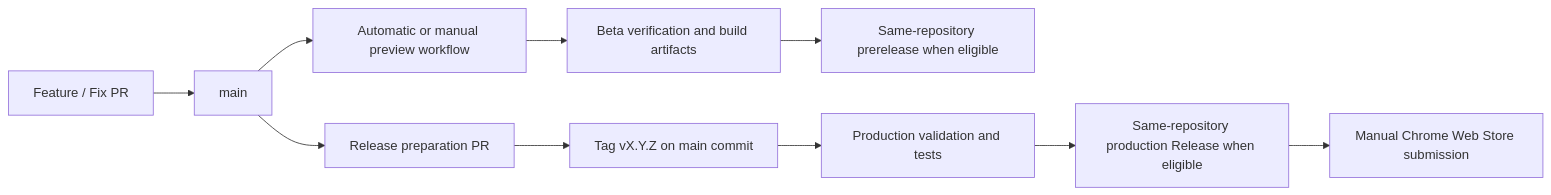
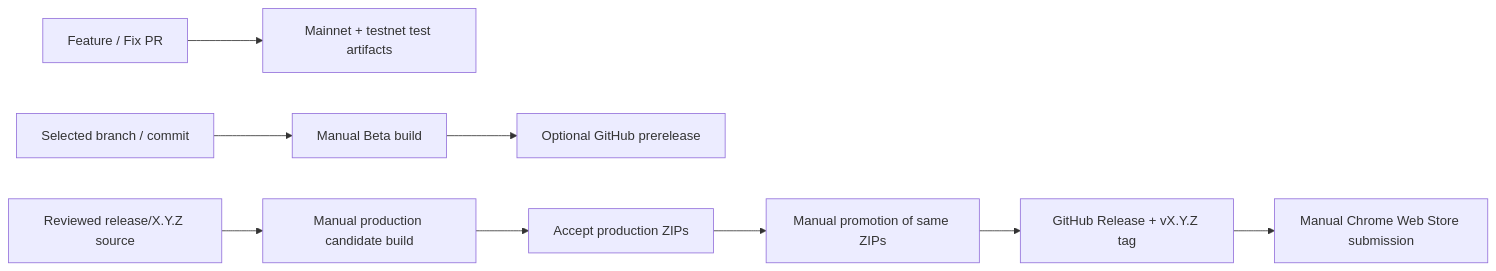
The diagram in docs/release-workflow.md (NoirWallet/noir-wallet), drawn with Mermaid before and after one commit. The commit also changed other lines of this file and 10 other files, not shown here.

````diff
--- a/docs/release-workflow.md
+++ b/docs/release-workflow.md
@@ -39,12 +41,11 @@
 ```mermaid
 flowchart LR
-  A["Feature / Fix PR"] --> B["main"]
-  B --> C["Automatic or manual preview workflow"]
-  C --> D["Beta verification and build artifacts"]
-  D --> E["Same-repository prerelease when eligible"]
-  B --> F["Release preparation PR"]
-  F --> G["Tag vX.Y.Z on main commit"]
-  G --> H["Production validation and tests"]
-  H --> I["Same-repository production Release when eligible"]
-  I --> J["Manual Chrome Web Store submission"]
+  A["Feature / Fix PR"] --> B["Mainnet + testnet test artifacts"]
+  C["Selected branch / commit"] --> D["Manual Beta build"]
+  D --> E["Optional GitHub prerelease"]
+  F["Reviewed release/X.Y.Z source"] --> G["Manual production candidate build"]
+  G --> H["Accept production ZIPs"]
+  H --> I["Manual promotion of same ZIPs"]
+  I --> J["GitHub Release + vX.Y.Z tag"]
+  J --> K["Manual Chrome Web Store submission"]
 ```
````
